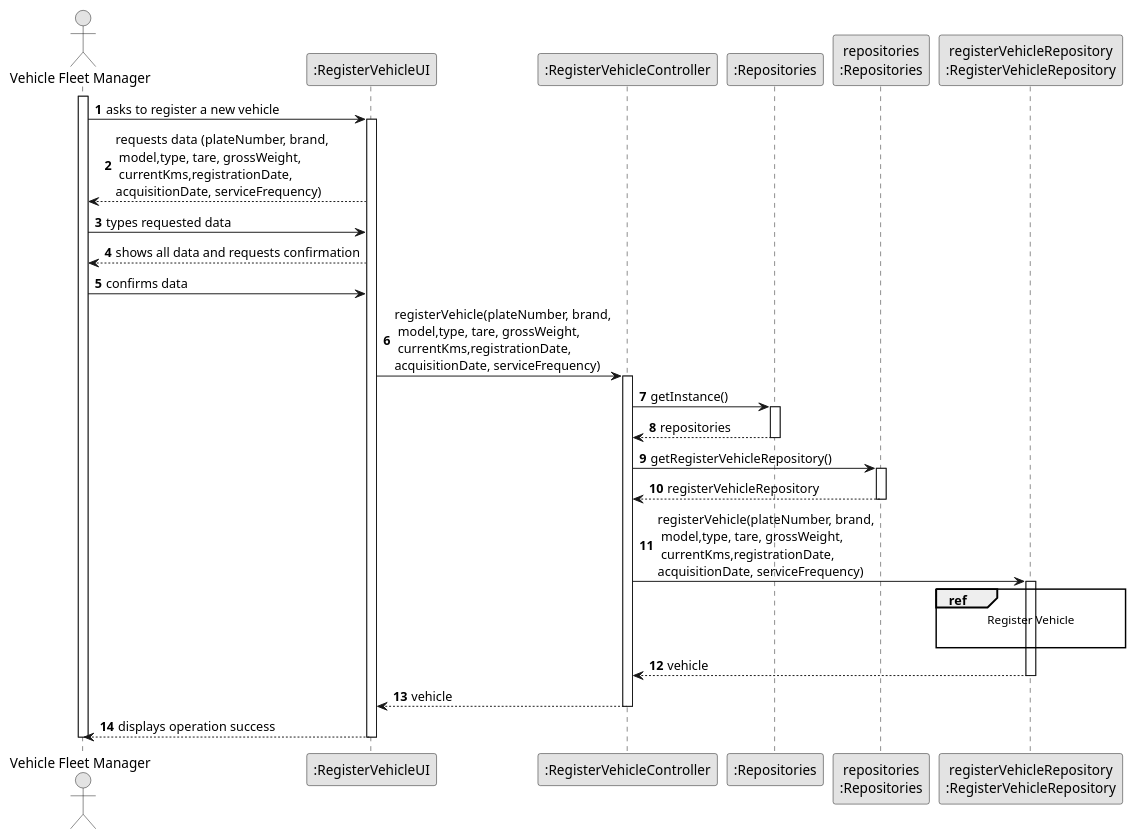
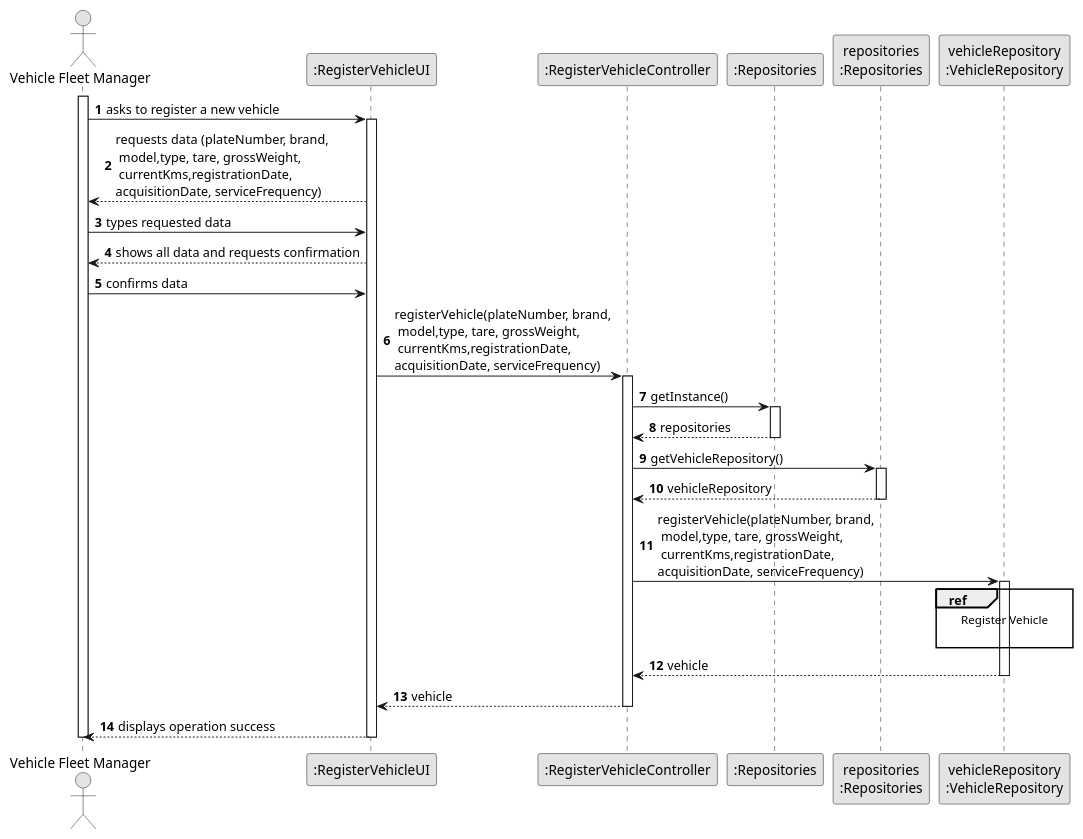
One commit to diogoveirospro/lei-24-s2-1dg-g072 changed the diagram in docs/sprintB/us006/03.design/puml/us006-sequence-diagram-split.puml. Above: the diagram before and after it, drawn with PlantUML. The commit also changed 3 other files, not shown here.

```diff
--- a/docs/sprintB/us006/03.design/puml/us006-sequence-diagram-split.puml
+++ b/docs/sprintB/us006/03.design/puml/us006-sequence-diagram-split.puml
@@ -1,61 +1,61 @@
 @startuml
 skinparam monochrome true
 skinparam packageStyle rectangle
 skinparam shadowing false
 
 autonumber
 
 'hide footbox
 actor "Vehicle Fleet Manager" as ADM
 participant ":RegisterVehicleUI" as UI
 participant ":RegisterVehicleController" as CTRL
 participant ":Repositories" as RepositorySingleton
 participant "repositories\n:Repositories" as PLAT
-participant "registerVehicleRepository\n:RegisterVehicleRepository" as RegisterVehicleRepository
+participant "vehicleRepository\n:VehicleRepository" as VehicleRepository
 activate ADM
 
         ADM -> UI : asks to register a new vehicle
 
         activate UI
 
             UI --> ADM : requests data (plateNumber, brand,\n model,type, tare, grossWeight,\n currentKms,registrationDate,\nacquisitionDate, serviceFrequency)
 
             ADM -> UI : types requested data
 
             UI --> ADM : shows all data and requests confirmation
 
             ADM -> UI : confirms data
 
             UI -> CTRL : registerVehicle(plateNumber, brand,\n model,type, tare, grossWeight,\n currentKms,registrationDate,\nacquisitionDate, serviceFrequency)
             activate CTRL
 
                 CTRL -> RepositorySingleton : getInstance()
                 activate RepositorySingleton
 
                     RepositorySingleton --> CTRL: repositories
                 deactivate RepositorySingleton
 
-                CTRL -> PLAT : getRegisterVehicleRepository()
+                CTRL -> PLAT : getVehicleRepository()
                 activate PLAT
 
-                    PLAT --> CTRL: registerVehicleRepository
+                    PLAT --> CTRL: vehicleRepository
                 deactivate PLAT
 
-                CTRL -> RegisterVehicleRepository : registerVehicle(plateNumber, brand,\n model,type, tare, grossWeight,\n currentKms,registrationDate,\nacquisitionDate, serviceFrequency)
-                activate RegisterVehicleRepository
-                ref over RegisterVehicleRepository
+                CTRL -> VehicleRepository : registerVehicle(plateNumber, brand,\n model,type, tare, grossWeight,\n currentKms,registrationDate,\nacquisitionDate, serviceFrequency)
+                activate VehicleRepository
+                ref over VehicleRepository
                     Register Vehicle
 
                 end ref
-                                RegisterVehicleRepository --> CTRL : vehicle
+                                VehicleRepository --> CTRL : vehicle
 
-                            deactivate RegisterVehicleRepository
+                            deactivate VehicleRepository
 
             CTRL --> UI: vehicle
             deactivate CTRL
             UI --> ADM: displays operation success
     deactivate UI
 
 deactivate ADM
 
 @enduml
```
